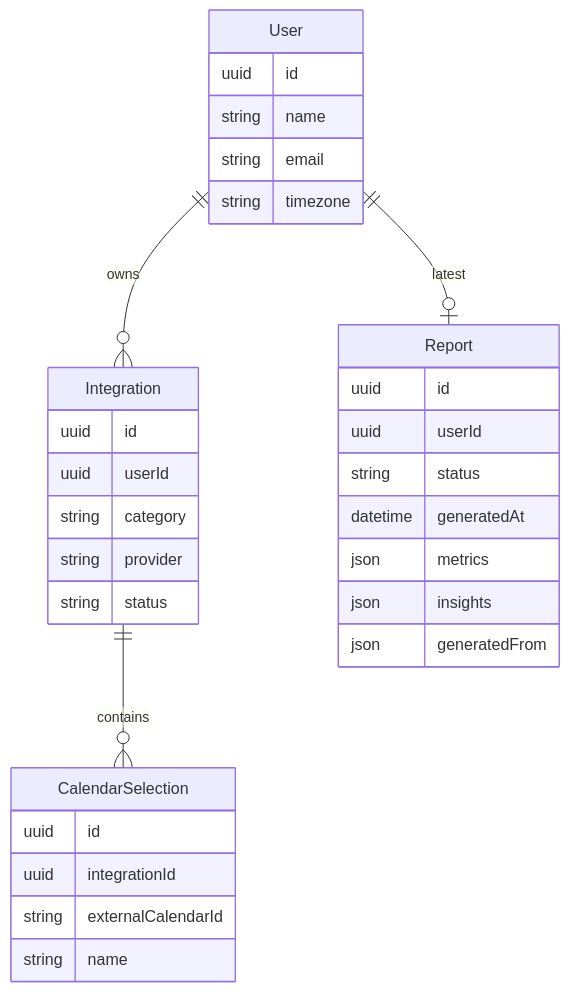
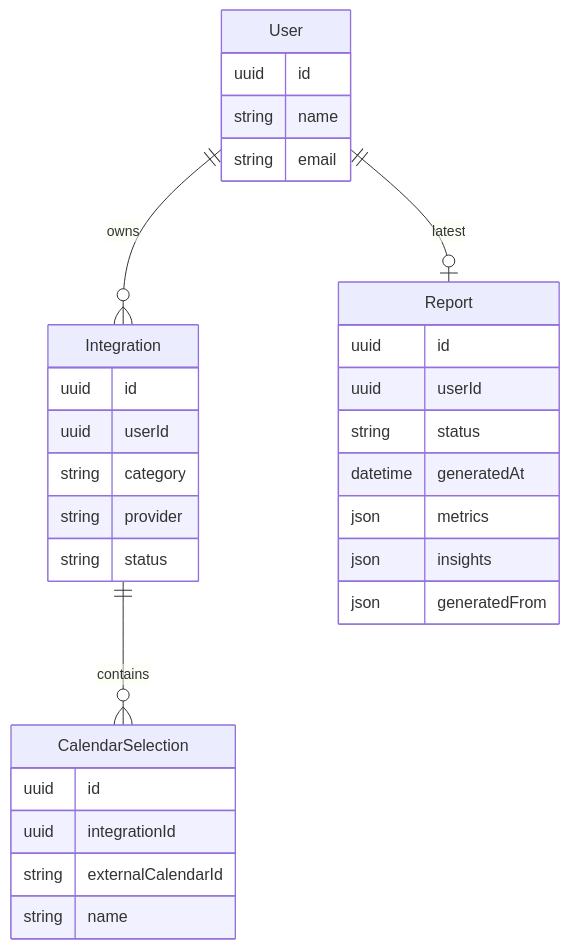
One commit to TheodoreChuang/my-subscriptions changed the first of 2 diagrams in README.md. Above: the diagram before and after it, drawn with Mermaid. The commit also changed other lines of this file and 20 other files, not shown here.

````diff
--- a/README.md
+++ b/README.md
@@ -54,45 +54,44 @@
 ```mermaid
 erDiagram
 
     User ||--o{ Integration : owns
     Integration ||--o{ CalendarSelection : contains
     User ||--o| Report : latest
 
     User {
         uuid id
         string name
         string email
-        string timezone
     }
 
     Integration {
         uuid id
         uuid userId
 
         string category
         string provider
 
         string status
     }
 
     CalendarSelection {
         uuid id
         uuid integrationId
 
         string externalCalendarId
         string name
     }
 
     Report {
         uuid id
         uuid userId
 
         string status
 
         datetime generatedAt
 
         json metrics
         json insights
         json generatedFrom
     }
 ```
````
